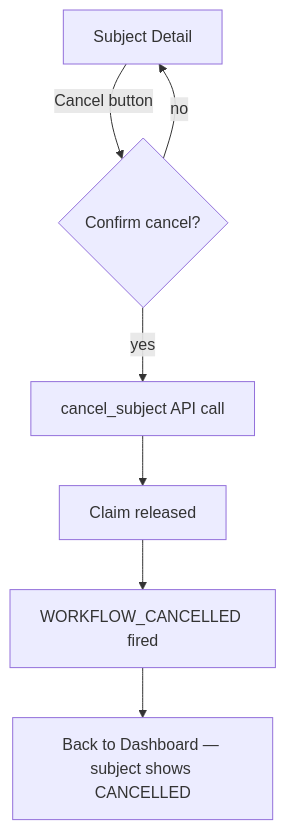
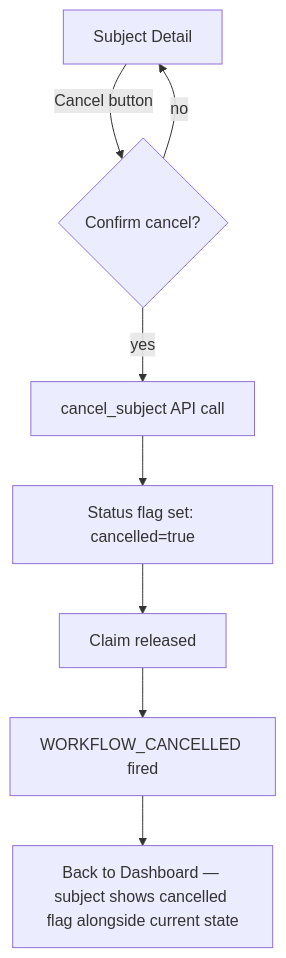
The third of 4 diagrams in docs/design/workflow-design/05-ui-ux.md (jeanboutros/psc), drawn with Mermaid before and after one commit. The commit also changed other lines of this file and 11 other files, not shown here.

````diff
--- a/docs/design/workflow-design/05-ui-ux.md
+++ b/docs/design/workflow-design/05-ui-ux.md
@@ -252,9 +272,10 @@
 ```mermaid
 flowchart TD
     SD[Subject Detail] -->|Cancel button| CONF{Confirm cancel?}
     CONF -- yes --> CAN[cancel_subject API call]
-    CAN --> REL[Claim released]
+    CAN --> FLG[Status flag set: cancelled=true]
+    FLG --> REL[Claim released]
     REL --> EVT[WORKFLOW_CANCELLED fired]
-    EVT --> DASH[Back to Dashboard — subject shows CANCELLED]
+    EVT --> DASH[Back to Dashboard — subject shows cancelled flag alongside current state]
     CONF -- no --> SD
 ```
````
